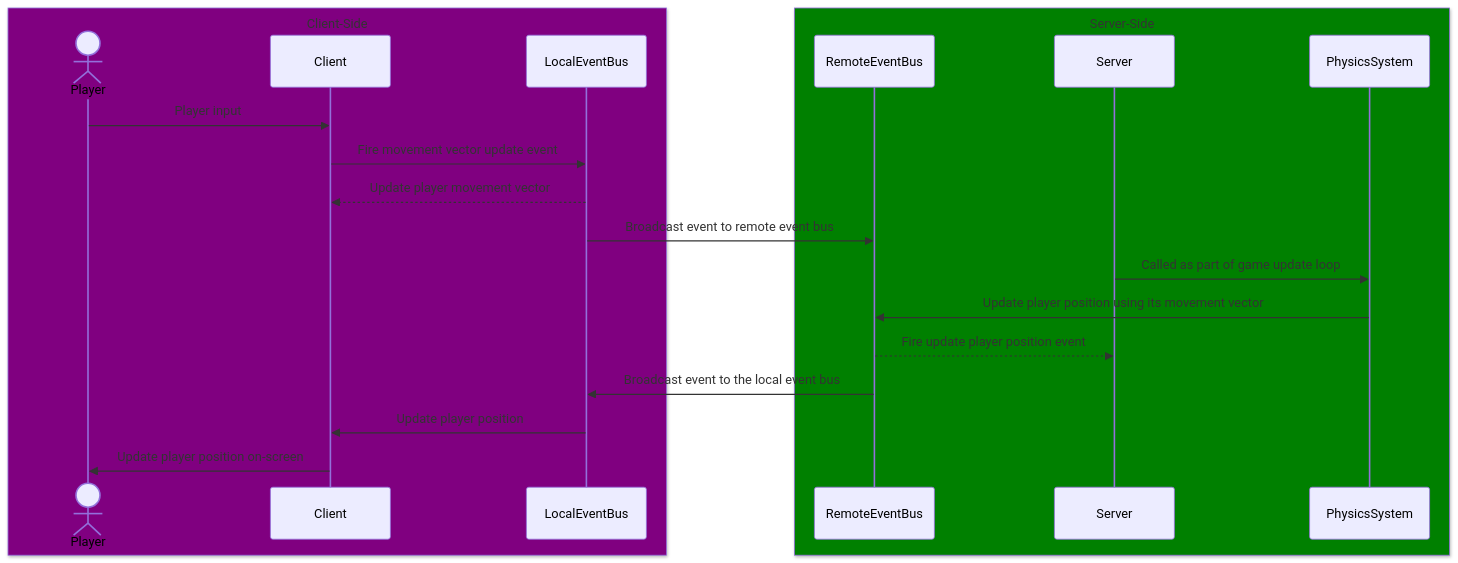
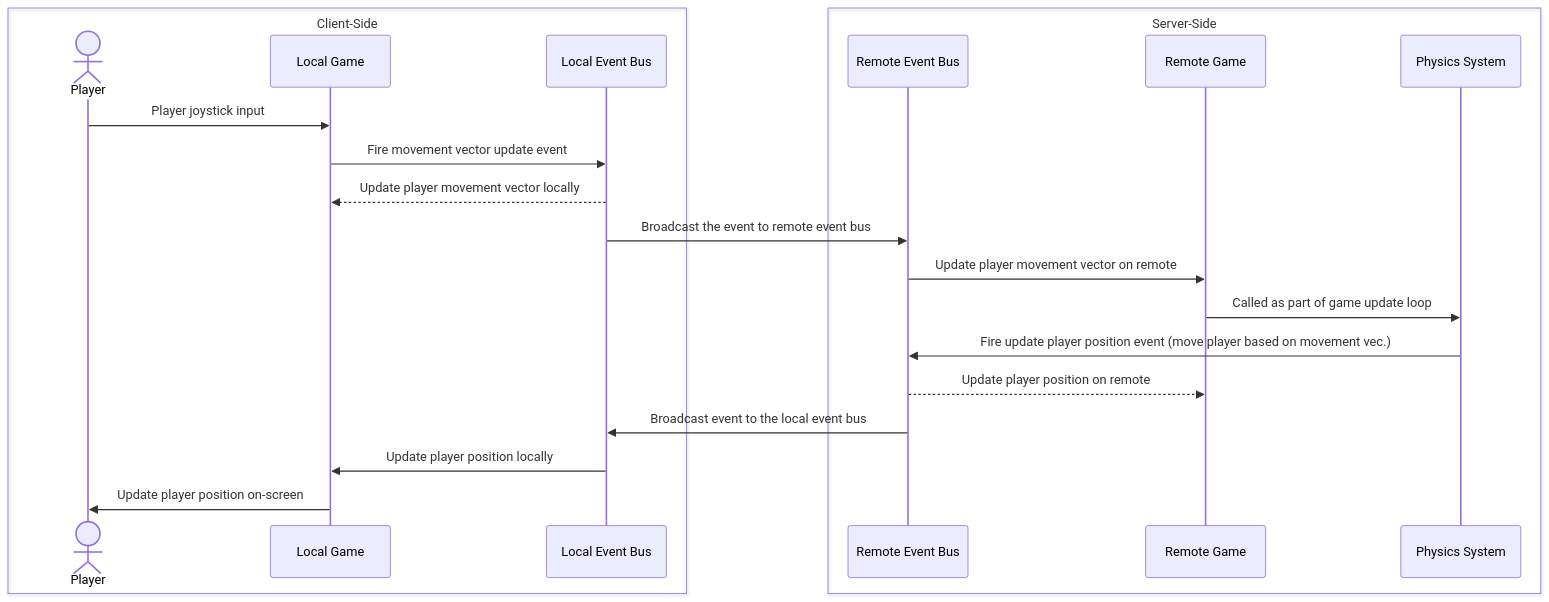
One commit to Rover656/MastersProject-Unity changed the diagram in README.md. Above: the diagram before and after it, drawn with Mermaid. The commit also changed 16 other files, not shown here.

````diff
--- a/README.md
+++ b/README.md
@@ -2,29 +2,30 @@
 ```mermaid
 sequenceDiagram
-    box Purple Client-Side
+    box Client-Side
     actor Player
-    participant Client
-    participant LocalEventBus
+    participant Local Game
+    participant Local Event Bus
     end
 
-    box Green Server-Side
-    participant RemoteEventBus
-    participant Server
-    participant PhysicsSystem
+    box Server-Side
+    participant Remote Event Bus
+    participant Remote Game
+    participant Physics System
     end
 
-    Player->>Client: Player input
-    Client->>LocalEventBus: Fire movement vector update event
-    LocalEventBus-->>Client: Update player movement vector
+    Player->>Local Game: Player joystick input
+    Local Game->>Local Event Bus: Fire movement vector update event
+    Local Event Bus-->>Local Game: Update player movement vector locally
 
-    LocalEventBus->>RemoteEventBus: Broadcast event to remote event bus
+    Local Event Bus->>Remote Event Bus: Broadcast the event to remote event bus
+    Remote Event Bus->>Remote Game: Update player movement vector on remote
 
-    Server->>PhysicsSystem: Called as part of game update loop
-    PhysicsSystem->>RemoteEventBus: Update player position using its movement vector
-    RemoteEventBus-->>Server: Fire update player position event
+    Remote Game->>Physics System: Called as part of game update loop
+    Physics System->>Remote Event Bus: Fire update player position event (move player based on movement vec.)
+    Remote Event Bus-->>Remote Game: Update player position on remote
 
-    RemoteEventBus->>LocalEventBus: Broadcast event to the local event bus
+    Remote Event Bus->>Local Event Bus: Broadcast event to the local event bus
 
-    LocalEventBus->>Client: Update player position
-    Client->>Player: Update player position on-screen
+    Local Event Bus->>Local Game: Update player position locally
+    Local Game->>Player: Update player position on-screen
 ```
````
